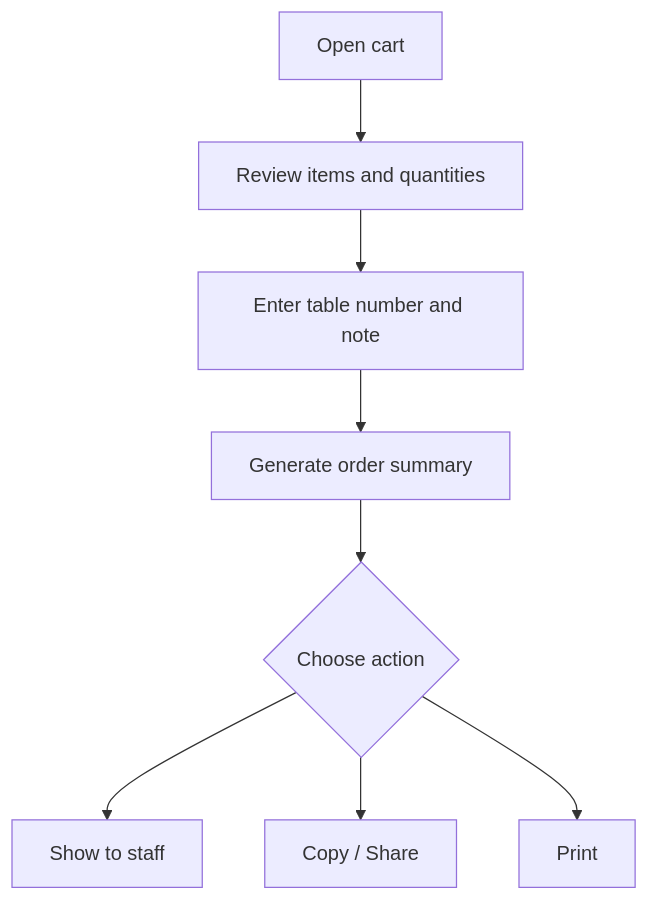
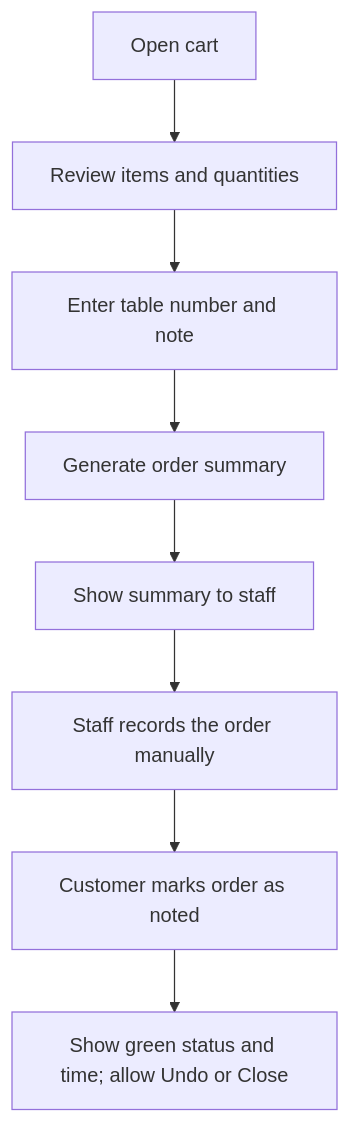
One commit to THORNG-VANTHIEV/e_menu changed the second of 3 diagrams in e_menu_pwa_full_specification.md. Above: the diagram before and after it, drawn with Mermaid. The commit also changed other lines of this file and 12 other files, not shown here.

Commit message:
order summary message and button

````diff
--- a/e_menu_pwa_full_specification.md
+++ b/e_menu_pwa_full_specification.md
@@ -200,10 +201,10 @@
 ```mermaid
 flowchart TD
     A["Open cart"] --> B["Review items and quantities"]
     B --> C["Enter table number and note"]
     C --> D["Generate order summary"]
-    D --> E{"Choose action"}
-    E --> F["Show to staff"]
-    E --> G["Copy / Share"]
-    E --> H["Print"]
+    D --> E["Show summary to staff"]
+    E --> F["Staff records the order manually"]
+    F --> G["Customer marks order as noted"]
+    G --> H["Show green status and time; allow Undo or Close"]
 ```
````
